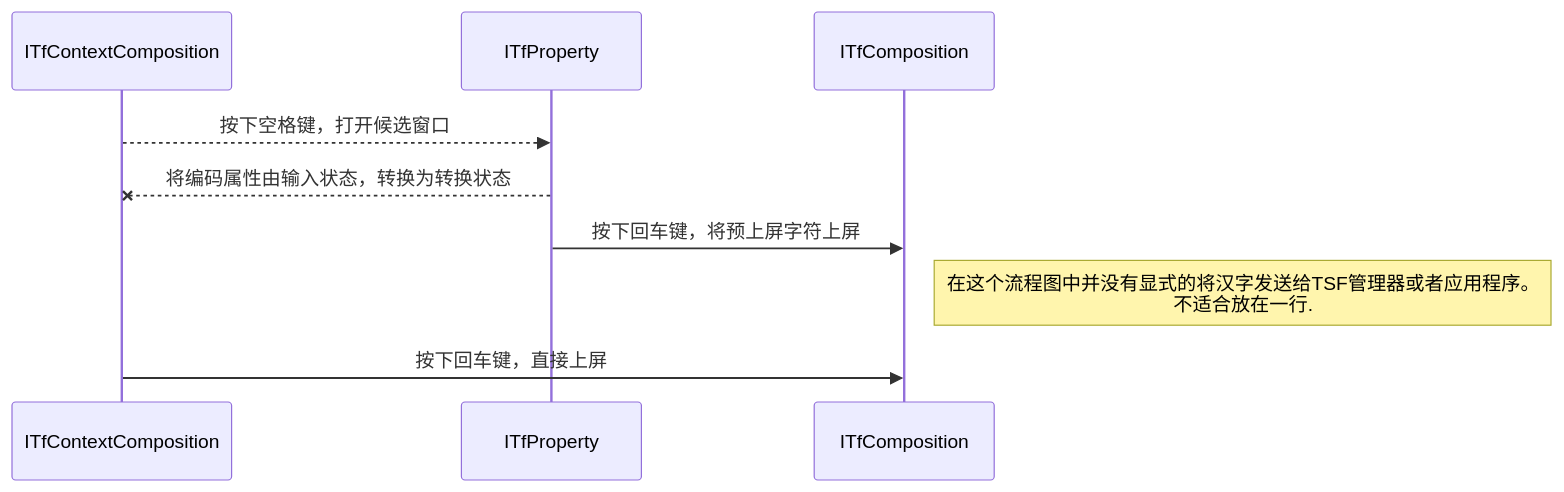
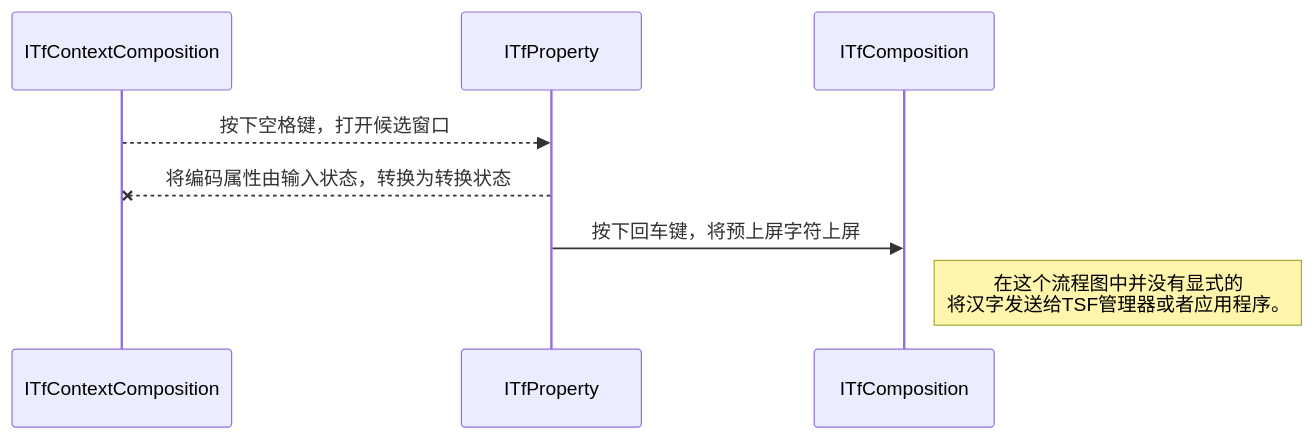
The second of 4 diagrams in 2023/5/1.md (ChineseInputMethod/mumble), drawn with Mermaid before and after one commit. The commit also changed other lines of this file, not shown here.

Commit message:
测试流程图

````diff
--- a/2023/5/1.md
+++ b/2023/5/1.md
@@ -100,12 +100,7 @@
 ```mermaid
 sequenceDiagram
 ITfContextComposition -->> ITfProperty: 按下空格键，打开候选窗口
 ITfProperty--x ITfContextComposition: 将编码属性由输入状态，转换为转换状态
 ITfProperty->>ITfComposition: 按下回车键，将预上屏字符上屏
-
-
-Note right of ITfComposition: 在这个流程图中并没有显式的将汉字发送给TSF管理器或者应用程序。<br/>不适合放在一行.
-
-
-ITfContextComposition->>ITfComposition: 按下回车键，直接上屏
+Note right of ITfComposition: 在这个流程图中并没有显式的<br/>将汉字发送给TSF管理器或者应用程序。
 ```
````
